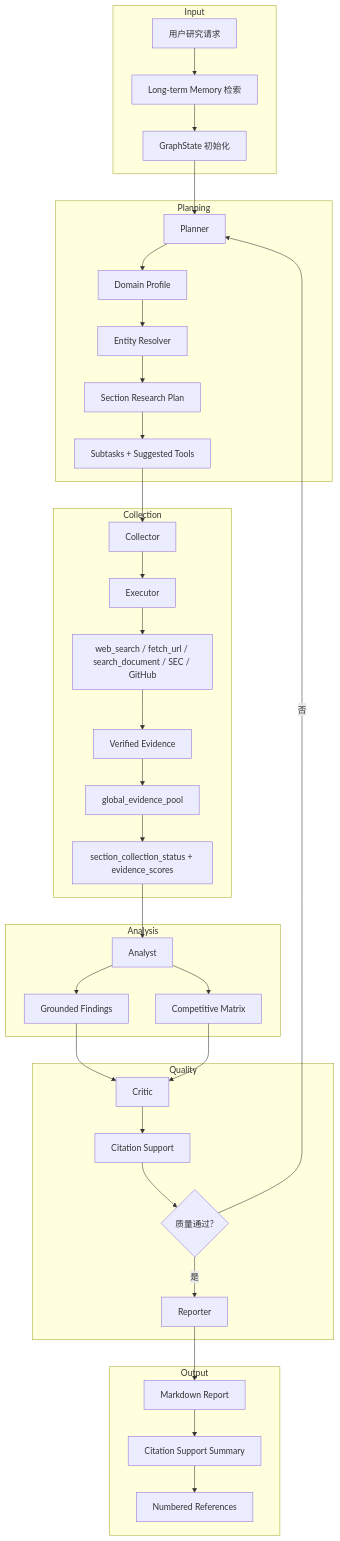
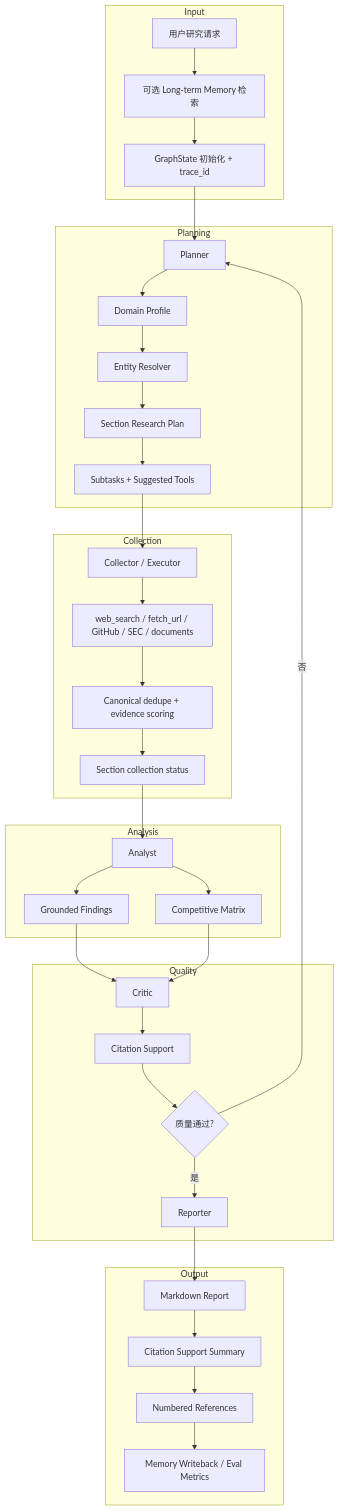
The first of 3 diagrams in README.md (Caser-86/InsightGraph), drawn with Mermaid before and after one commit. The commit also changed other lines of this file and 6 other files, not shown here.

Commit message:
docs: define report quality roadmap

````diff
--- a/README.md
+++ b/README.md
@@ -120,45 +106,44 @@
 ```mermaid
 flowchart TB
     subgraph Input
-        A[用户研究请求] --> B[Long-term Memory 检索]
-        B --> C[GraphState 初始化]
+        A[用户研究请求] --> B[可选 Long-term Memory 检索]
+        B --> C[GraphState 初始化 + trace_id]
     end
 
     subgraph Planning
         C --> D[Planner]
         D --> D1[Domain Profile]
         D1 --> D2[Entity Resolver]
         D2 --> D3[Section Research Plan]
         D3 --> D4[Subtasks + Suggested Tools]
     end
 
     subgraph Collection
-        D4 --> E[Collector]
-        E --> E1[Executor]
-        E1 --> E2[web_search / fetch_url / search_document / SEC / GitHub]
-        E2 --> E3[Verified Evidence]
-        E3 --> E4[global_evidence_pool]
-        E4 --> E5[section_collection_status + evidence_scores]
+        D4 --> E[Collector / Executor]
+        E --> E1[web_search / fetch_url / GitHub / SEC / documents]
+        E1 --> E2[Canonical dedupe + evidence scoring]
+        E2 --> E3[Section collection status]
     end
 
     subgraph Analysis
-        E5 --> F[Analyst]
+        E3 --> F[Analyst]
         F --> F1[Grounded Findings]
         F --> F2[Competitive Matrix]
     end
 
     subgraph Quality
         F1 --> G[Critic]
         F2 --> G
         G --> G1[Citation Support]
         G1 --> G2{质量通过?}
         G2 -->|否| D
         G2 -->|是| H[Reporter]
     end
 
     subgraph Output
         H --> H1[Markdown Report]
         H1 --> H2[Citation Support Summary]
         H2 --> H3[Numbered References]
+        H3 --> H4[Memory Writeback / Eval Metrics]
     end
 ```
````
